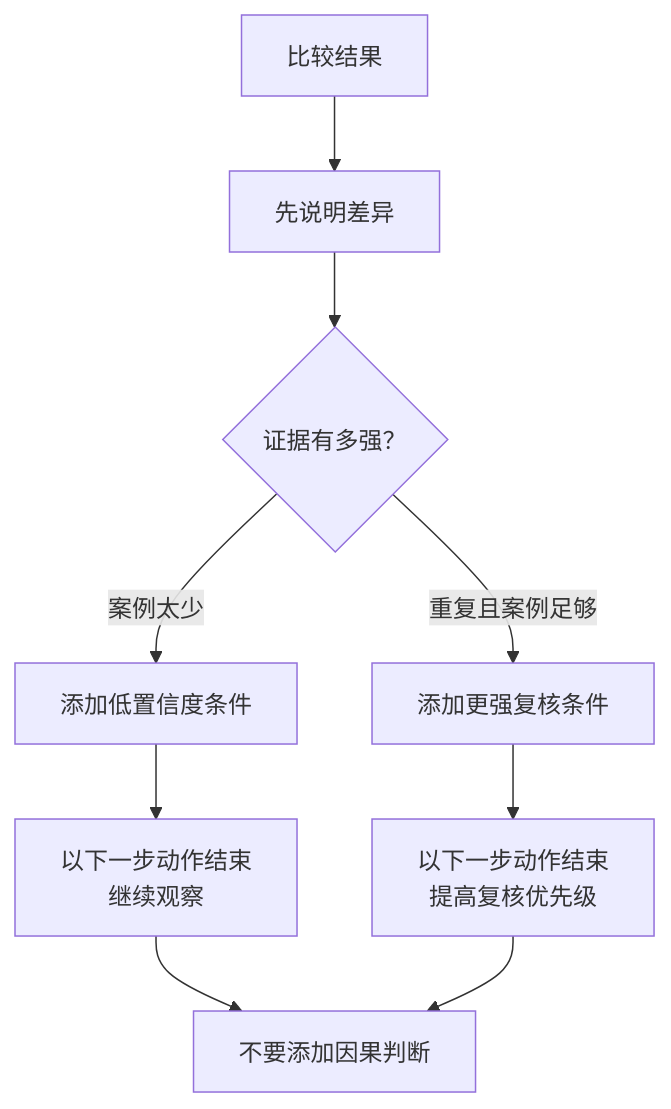
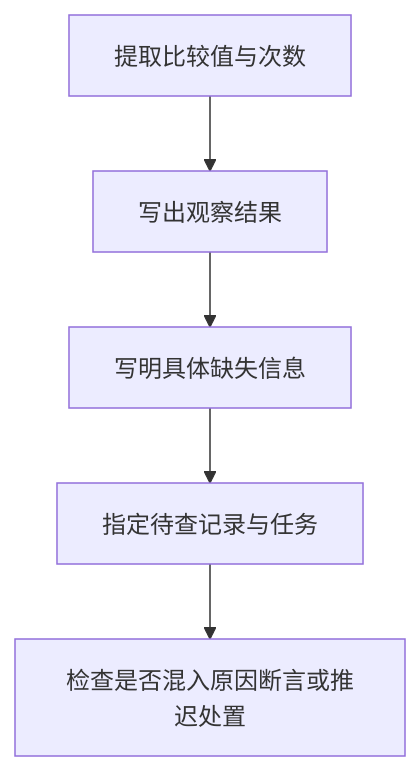
The diagram in docs/assets/part-03/chapter-08/p3-8-3-mermaid-01-zh.mmd (devchan64/AiBook), drawn with Mermaid before and after one commit. The commit also changed 52 other files, not shown here.

```diff
--- a/docs/assets/part-03/chapter-08/p3-8-3-mermaid-01-zh.mmd
+++ b/docs/assets/part-03/chapter-08/p3-8-3-mermaid-01-zh.mmd
@@ -1,10 +1,6 @@
 flowchart TD
-    A[比较结果]
-    A --> B[先说明差异]
-    B --> C{证据有多强？}
-    C -->|案例太少| D[添加低置信度条件]
-    C -->|重复且案例足够| E[添加更强复核条件]
-    D --> F[以下一步动作结束<br/>继续观察]
-    E --> G[以下一步动作结束<br/>提高复核优先级]
-    F --> H[不要添加因果判断]
-    G --> H
+    A["提取比较值与次数"]
+    A --> B["写出观察结果"]
+    B --> C["写明具体缺失信息"]
+    C --> D["指定待查记录与任务"]
+    D --> E["检查是否混入原因断言或推迟处置"]
```
